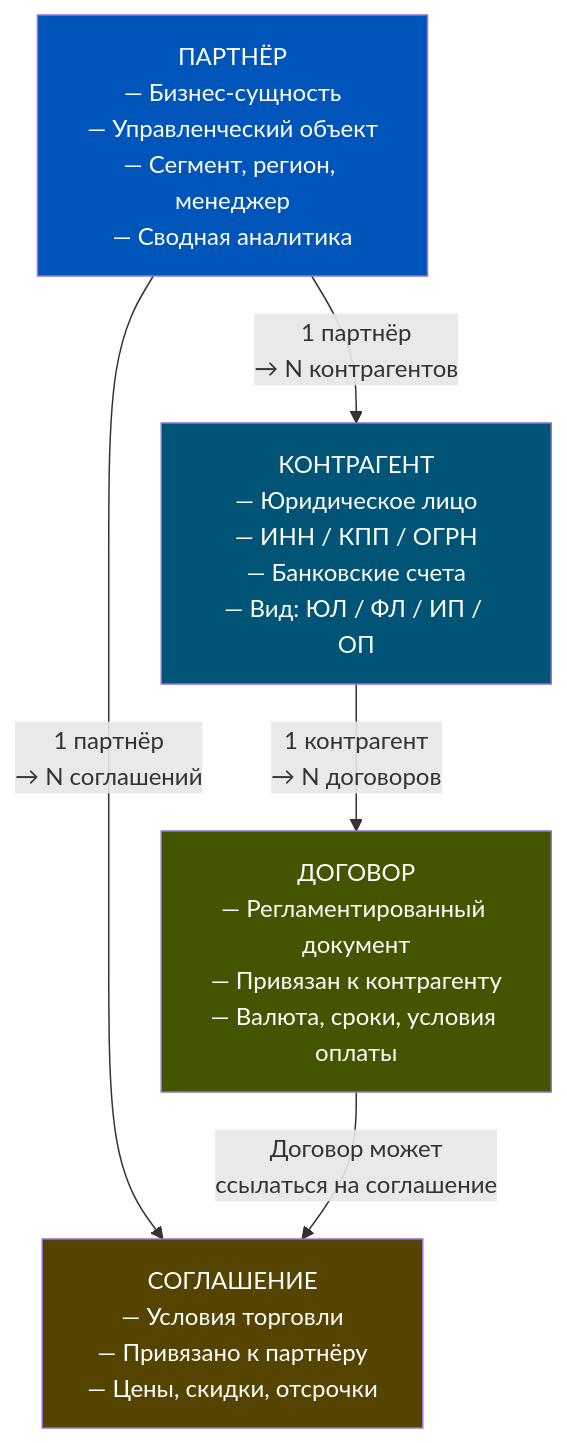
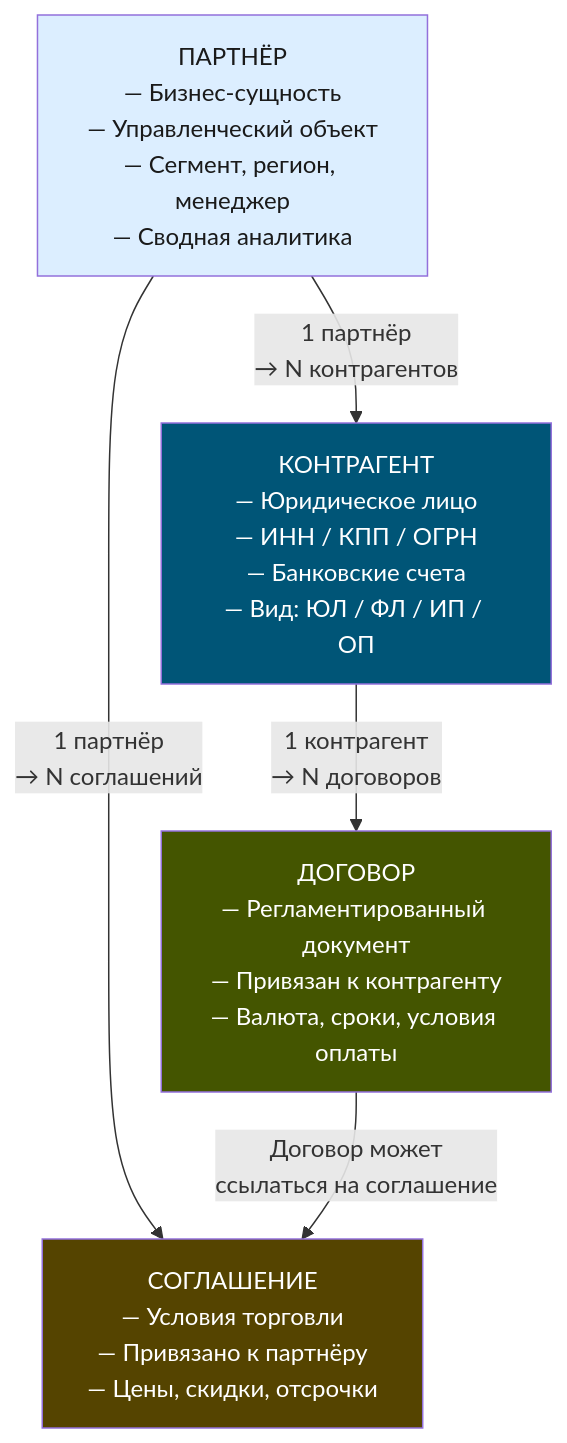
The second of 6 diagrams in content/1c-erp/week_2/Неделя 2 - День 3 - Партнёры и контрагенты.md (murad1986/1c-erp-quartz), drawn with Mermaid before and after one commit. The commit also changed other lines of this file and 57 other files, not shown here.

First line of the commit message:
fix: Mermaid — пастельные цвета в источниках диаграмм (56 файлов)

````diff
--- a/content/1c-erp/week_2/Неделя 2 - День 3 - Партнёры и контрагенты.md
+++ b/content/1c-erp/week_2/Неделя 2 - День 3 - Партнёры и контрагенты.md
@@ -121,17 +121,17 @@
 ```mermaid
 graph TD
     P["ПАРТНЁР<br/>— Бизнес-сущность<br/>— Управленческий объект<br/>— Сегмент, регион, менеджер<br/>— Сводная аналитика"]
     K["КОНТРАГЕНТ<br/>— Юридическое лицо<br/>— ИНН / КПП / ОГРН<br/>— Банковские счета<br/>— Вид: ЮЛ / ФЛ / ИП / ОП"]
     D["ДОГОВОР<br/>— Регламентированный документ<br/>— Привязан к контрагенту<br/>— Валюта, сроки, условия оплаты"]
     S["СОГЛАШЕНИЕ<br/>— Условия торговли<br/>— Привязано к партнёру<br/>— Цены, скидки, отсрочки"]
 
     P --> |"1 партнёр<br/>→ N контрагентов"| K
     K --> |"1 контрагент<br/>→ N договоров"| D
     P --> |"1 партнёр<br/>→ N соглашений"| S
     D --> |"Договор может<br/>ссылаться на соглашение"| S
 
-    style P fill:#0055BB,color:#fff
+    style P fill:#dceeff,color:#1a1a1a
     style K fill:#005577,color:#fff
     style D fill:#445500,color:#fff
     style S fill:#554400,color:#fff
 ```
````
